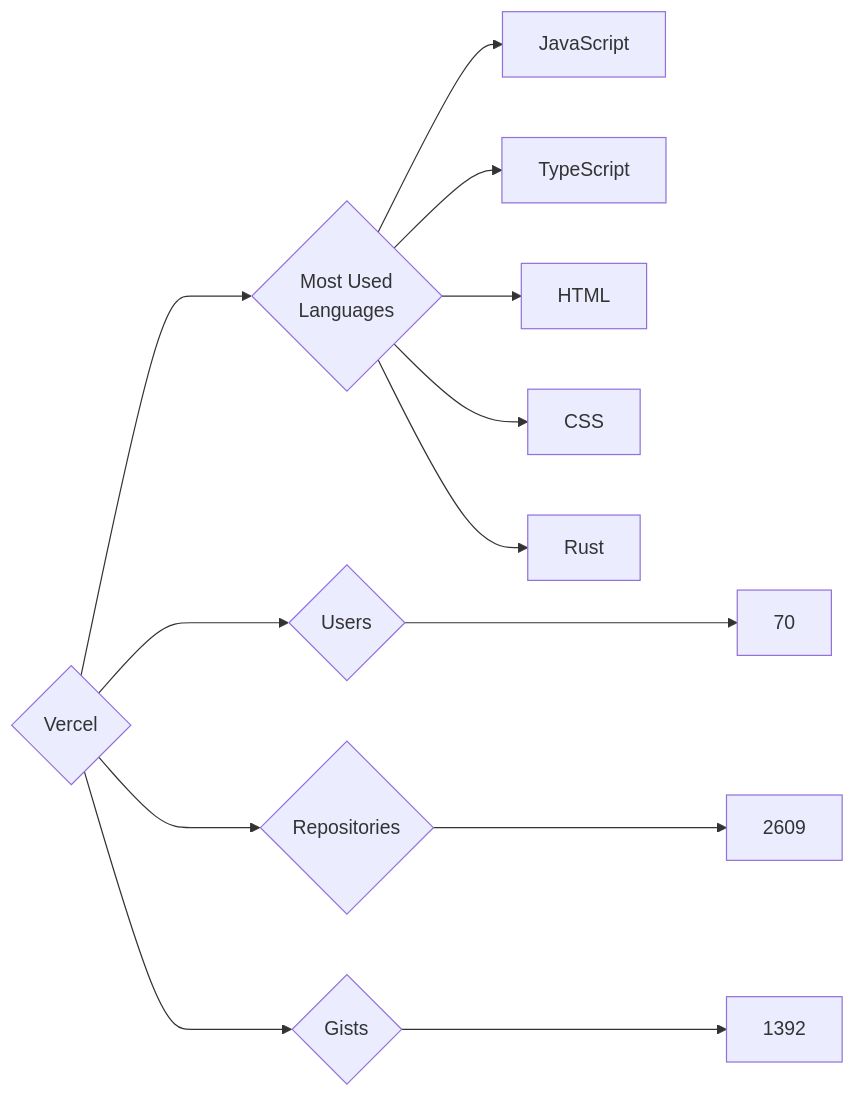
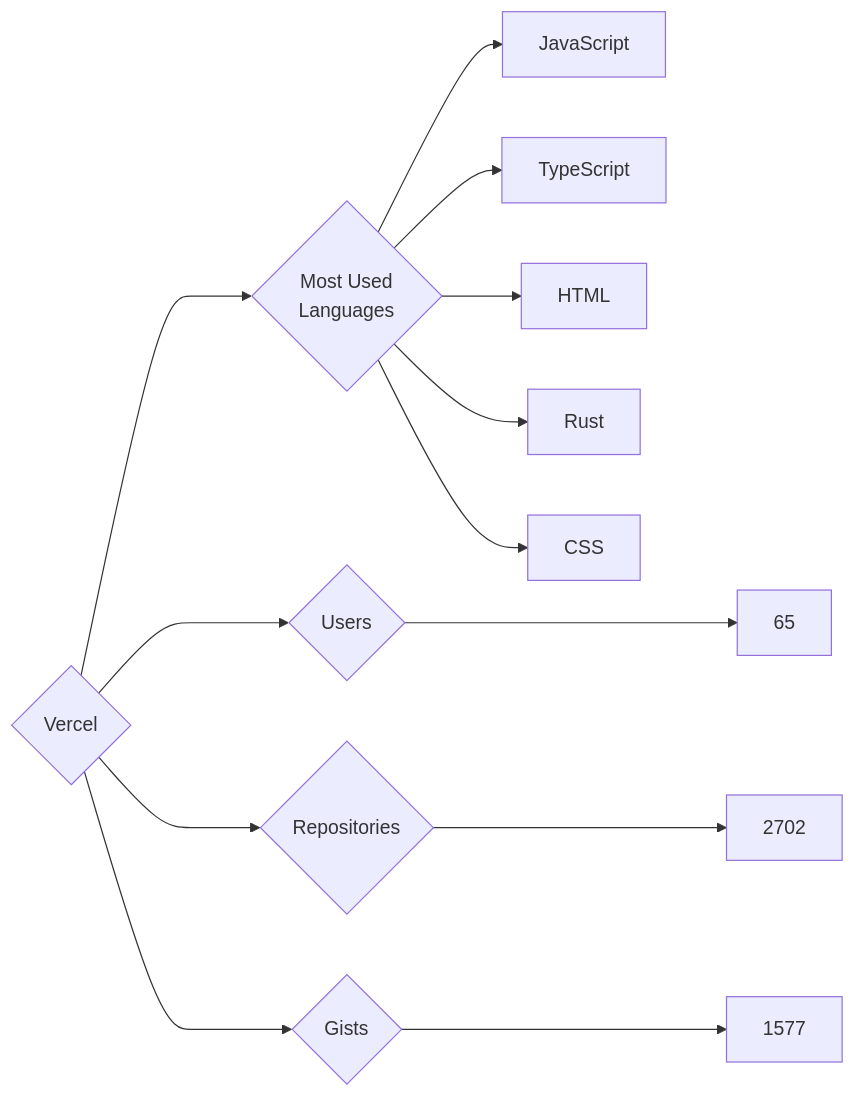
The diagram in targets/Vercel/README.md (trickest/insiders), drawn with Mermaid before and after one commit. The commit also changed 976 other files, not shown here.

````diff
--- a/targets/Vercel/README.md
+++ b/targets/Vercel/README.md
@@ -3,13 +3,13 @@
 ```mermaid
 graph LR
 COMPANY_NAME{Vercel}
-COMPANY_NAME ---> U{Users} ---> UN[70]
-COMPANY_NAME ---> R{Repositories} ---> RN[2609]
-COMPANY_NAME ---> G{Gists} ---> GN[1392]
+COMPANY_NAME ---> U{Users} ---> UN[65]
+COMPANY_NAME ---> R{Repositories} ---> RN[2702]
+COMPANY_NAME ---> G{Gists} ---> GN[1577]
 COMPANY_NAME ---> ML{Most Used<br>Languages}
 ML --> JavaScript[JavaScript]
 ML --> TypeScript[TypeScript]
 ML --> HTML[HTML]
+ML --> Rust[Rust]
 ML --> CSS[CSS]
-ML --> Rust[Rust]
 ```
````
